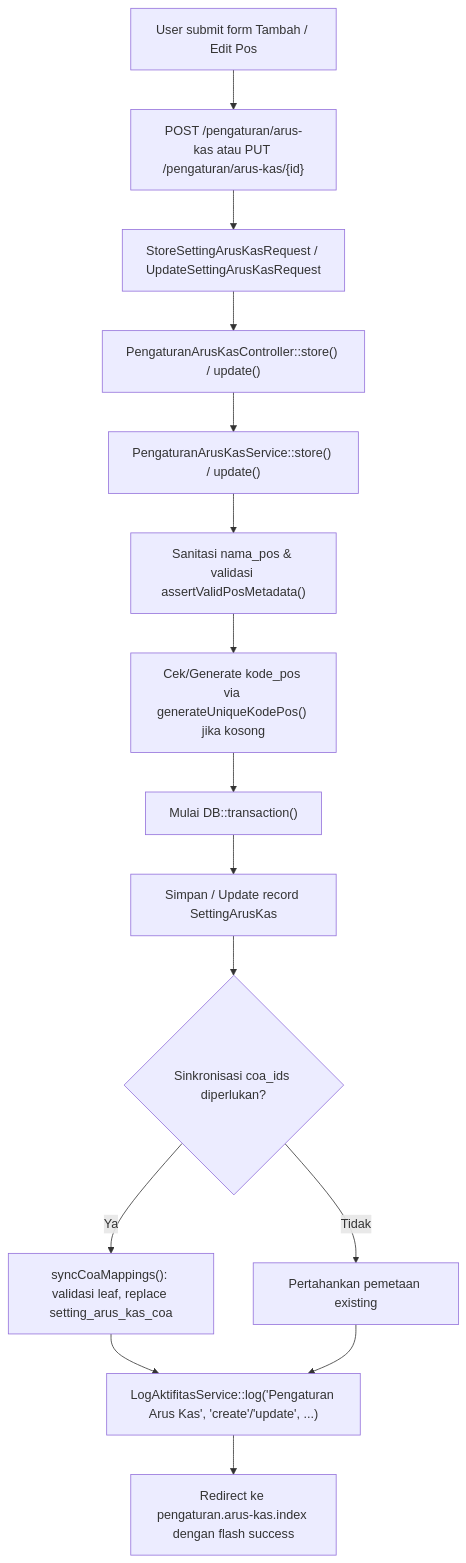
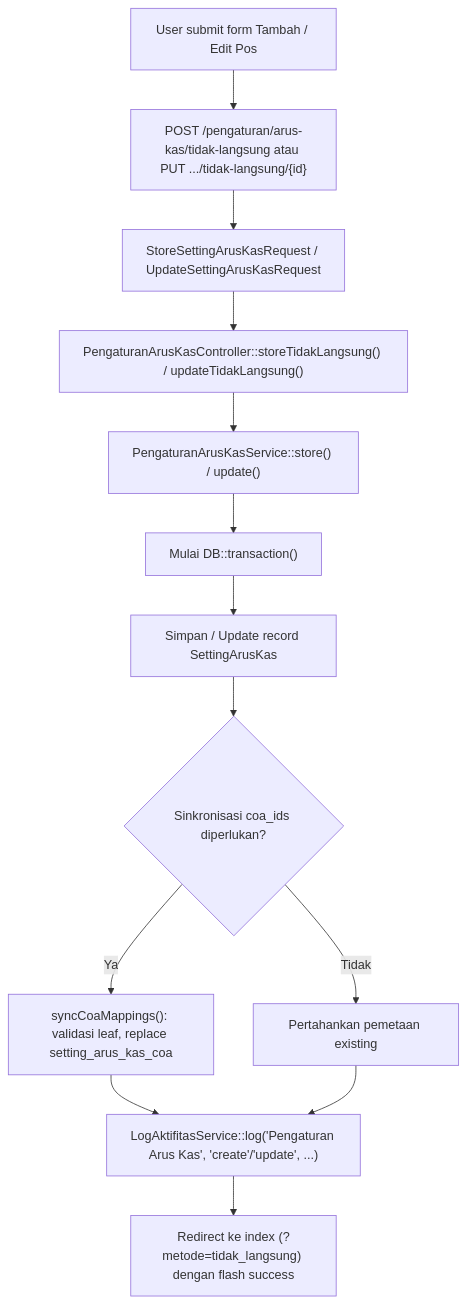
The eighth of 9 diagrams in dokumentasi/pengaturan-arus-kas.md (AltamaSidoarjo/laravel-siakurat-pt-smt), drawn with Mermaid before and after one commit. The commit also changed other lines of this file and 9 other files, not shown here.

Commit message:
docs(arus-kas): update cross-module link, consolidate docs, and verify suite

````diff
--- a/dokumentasi/pengaturan-arus-kas.md
+++ b/dokumentasi/pengaturan-arus-kas.md
@@ -221,17 +486,15 @@
 ```mermaid
 flowchart TD
-    A["User submit form Tambah / Edit Pos"] --> B["POST /pengaturan/arus-kas atau PUT /pengaturan/arus-kas/{id}"]
+    A["User submit form Tambah / Edit Pos"] --> B["POST /pengaturan/arus-kas/tidak-langsung atau PUT .../tidak-langsung/{id}"]
     B --> C["StoreSettingArusKasRequest / UpdateSettingArusKasRequest"]
-    C --> D["PengaturanArusKasController::store() / update()"]
+    C --> D["PengaturanArusKasController::storeTidakLangsung() / updateTidakLangsung()"]
     D --> E["PengaturanArusKasService::store() / update()"]
-    E --> F["Sanitasi nama_pos & validasi assertValidPosMetadata()"]
-    F --> G["Cek/Generate kode_pos via generateUniqueKodePos() jika kosong"]
-    G --> H["Mulai DB::transaction()"]
-    H --> I["Simpan / Update record SettingArusKas"]
-    I --> J{"Sinkronisasi coa_ids diperlukan?"}
-    J -- Ya --> K["syncCoaMappings(): validasi leaf, replace setting_arus_kas_coa"]
-    J -- Tidak --> L["Pertahankan pemetaan existing"]
-    K --> M["LogAktifitasService::log('Pengaturan Arus Kas', 'create'/'update', ...)"]
-    L --> M
-    M --> N["Redirect ke pengaturan.arus-kas.index dengan flash success"]
+    E --> F["Mulai DB::transaction()"]
+    F --> G["Simpan / Update record SettingArusKas"]
+    G --> H{"Sinkronisasi coa_ids diperlukan?"}
+    H -- Ya --> I["syncCoaMappings(): validasi leaf, replace setting_arus_kas_coa"]
+    H -- Tidak --> J["Pertahankan pemetaan existing"]
+    I --> K["LogAktifitasService::log('Pengaturan Arus Kas', 'create'/'update', ...)"]
+    J --> K
+    K --> L["Redirect ke index (?metode=tidak_langsung) dengan flash success"]
 ```
````
